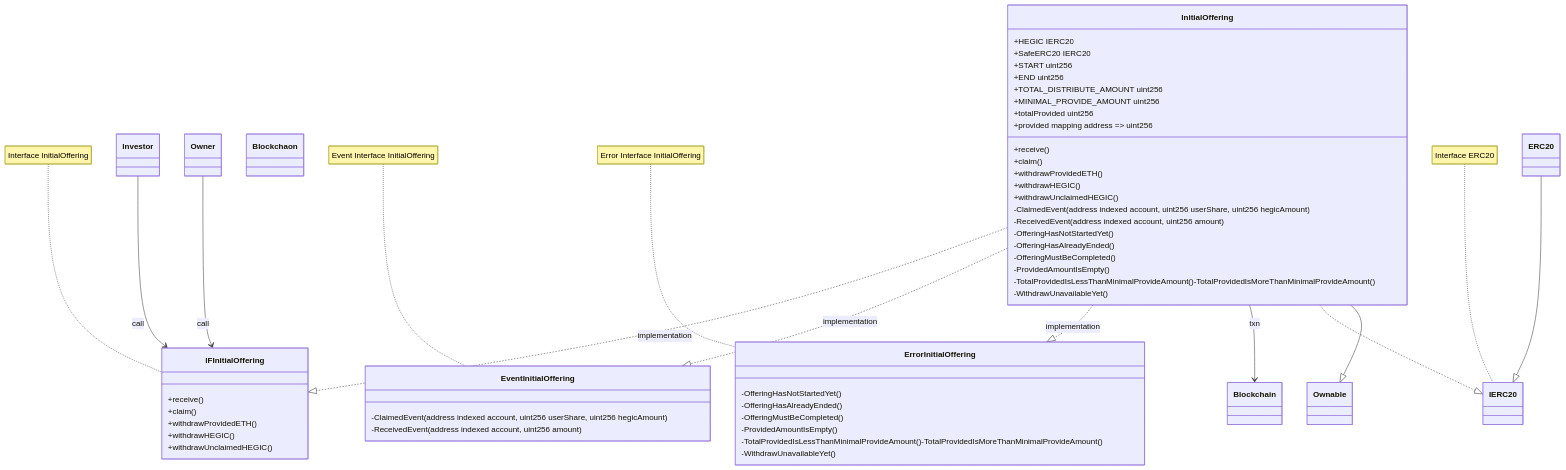
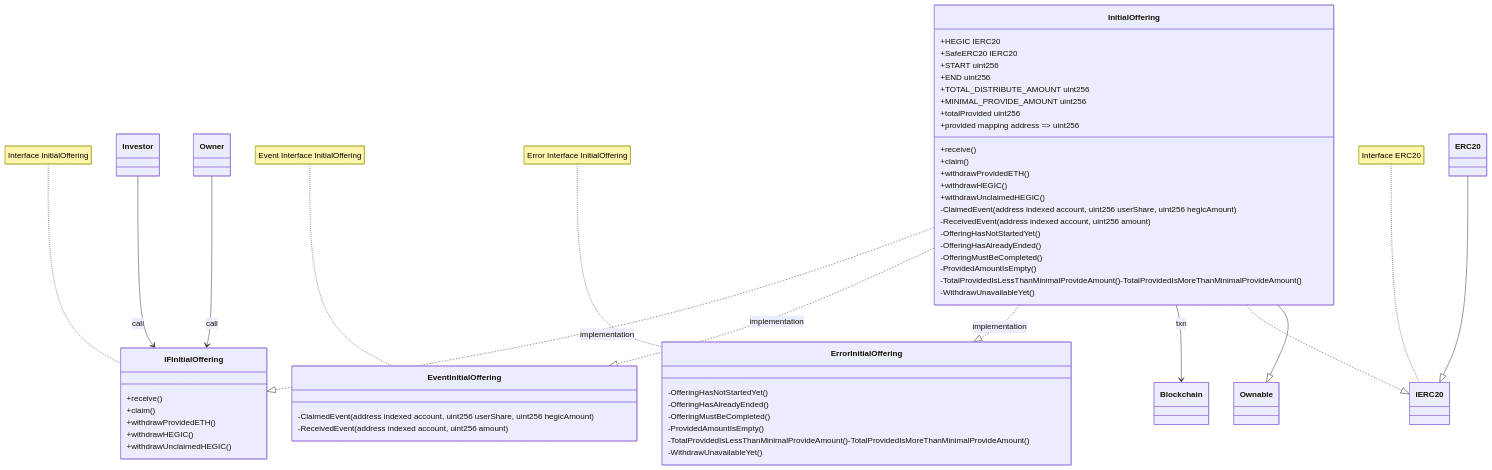
Before and after one commit to knight-y-j/ibco-contract-dapp: the second of 2 diagrams in docs/diagram/class.index.md, drawn with Mermaid.

```diff
--- a/docs/diagram/class.index.md
+++ b/docs/diagram/class.index.md
@@ -149,7 +149,7 @@
 
   InitialOffering --> Blockchain: txn
 
-  class Blockchaon {
+  class Blockchain {
 
   }
 
```
